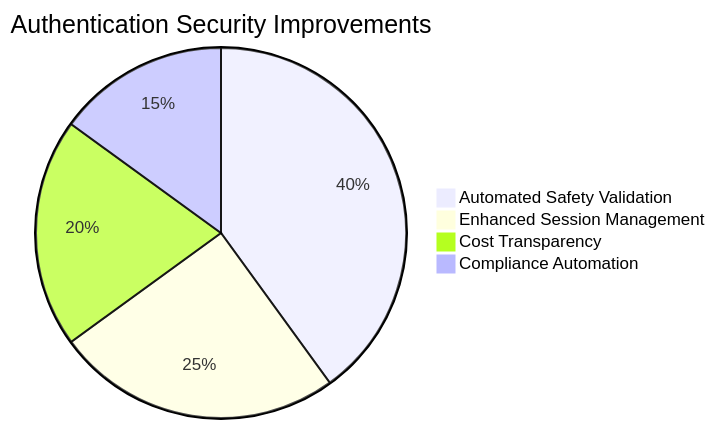
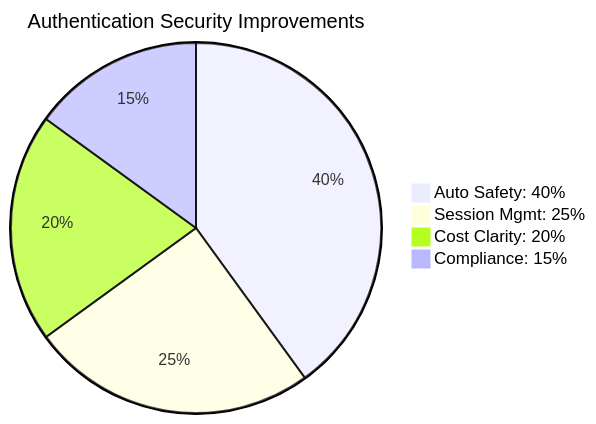
One commit to victorsaly/WorldLeadersGame changed the fourth of 5 diagrams in docs/_posts/2025-08-08-child-safe-authentication-azure-uk-south-protecting-young-learners.md. Above: the diagram before and after it, drawn with Mermaid. The commit also changed 7 other files, not shown here.

Commit message:
🎨 Update Mermaid Diagrams for Enhanced Clarity and Readability

````diff
--- a/docs/_posts/2025-08-08-child-safe-authentication-azure-uk-south-protecting-young-learners.md
+++ b/docs/_posts/2025-08-08-child-safe-authentication-azure-uk-south-protecting-young-learners.md
@@ -299,7 +299,8 @@
 ```mermaid
+%%{init: {'pie': {'textPosition': 0.75}, 'themeVariables': {'pieOuterStrokeWidth': '2px', 'pieSectionTextSize': '16px', 'pieTitleTextSize': '20px'}}}%%
 pie title Authentication Security Improvements
-    "Automated Safety Validation" : 40
-    "Enhanced Session Management" : 25
-    "Cost Transparency" : 20
-    "Compliance Automation" : 15
+    "Auto Safety: 40%" : 40
+    "Session Mgmt: 25%" : 25
+    "Cost Clarity: 20%" : 20
+    "Compliance: 15%" : 15
 ```
````
